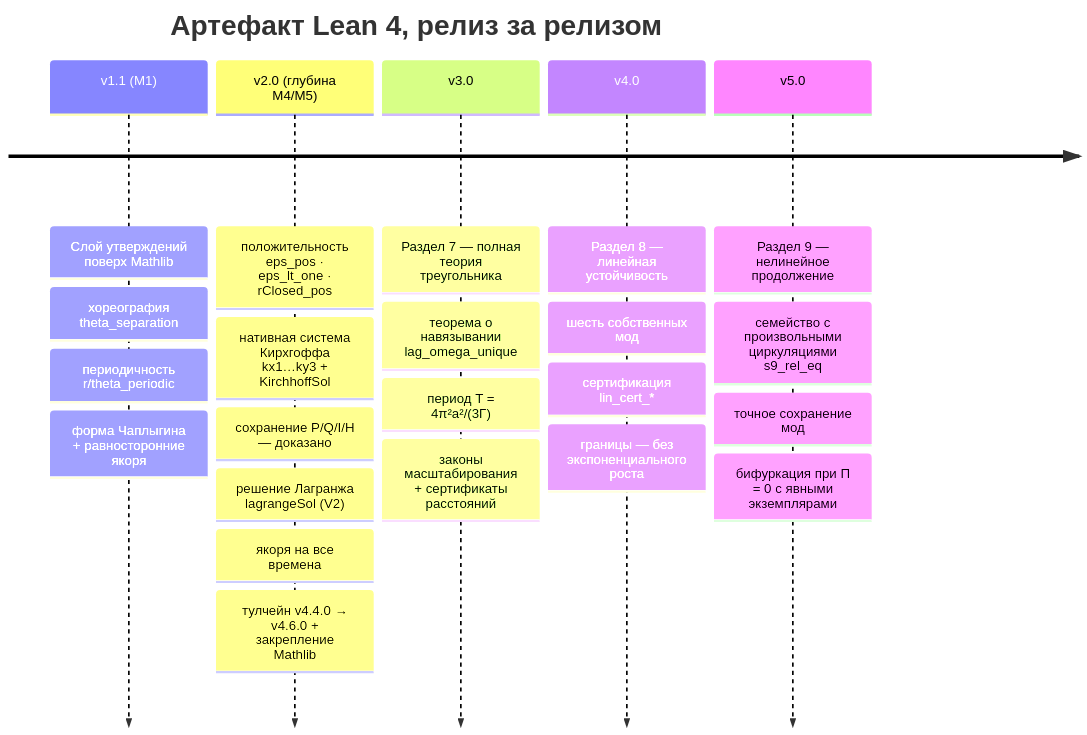
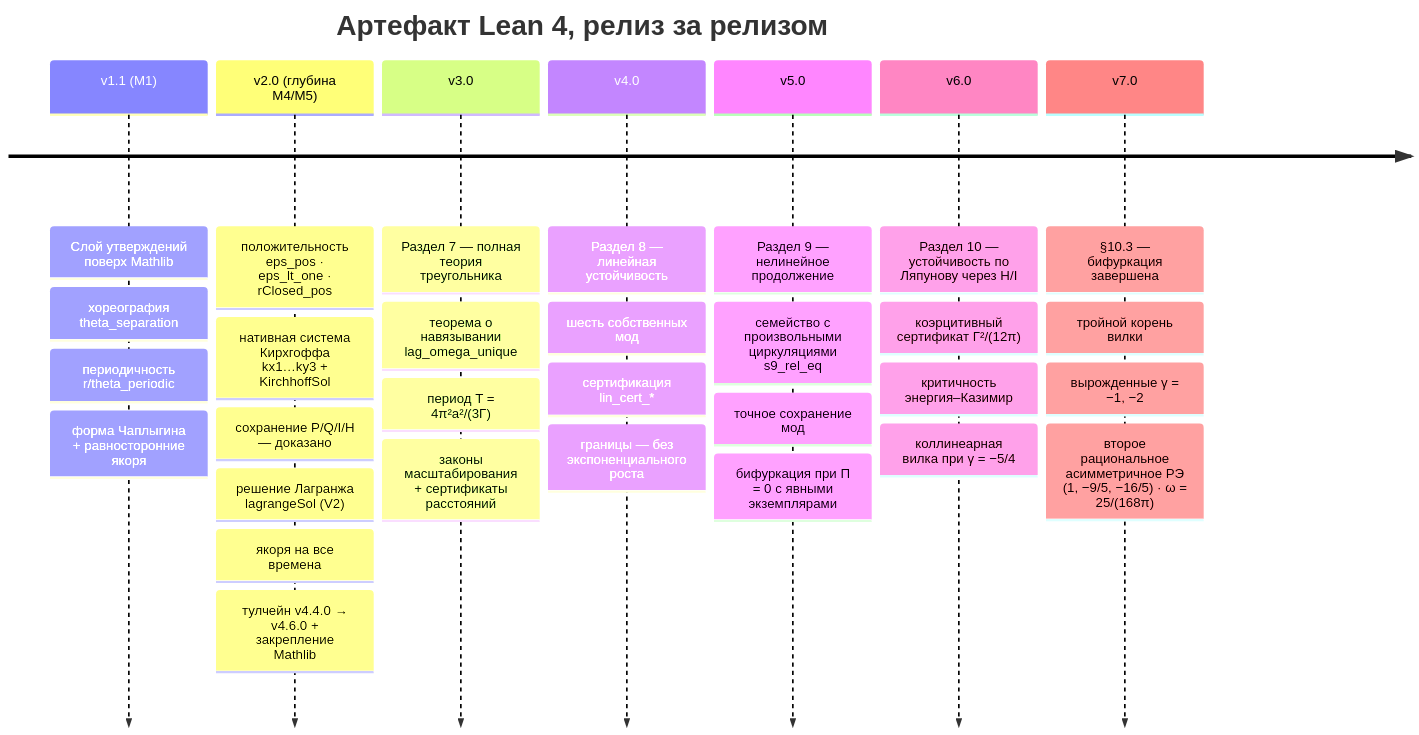
The fifth of 5 diagrams in verification/lean4/README_RU.md (wild8highlander/Trivortex), drawn with Mermaid before and after one commit. The commit also changed other lines of this file and 42 other files, not shown here.

````diff
--- a/verification/lean4/README_RU.md
+++ b/verification/lean4/README_RU.md
@@ -608,9 +660,11 @@
 ```mermaid
 timeline
     title Артефакт Lean 4, релиз за релизом
     v1.1 (M1) : Слой утверждений поверх Mathlib : хореография theta_separation : периодичность r/theta_periodic : форма Чаплыгина + равносторонние якоря
     v2.0 (глубина M4/M5) : положительность eps_pos · eps_lt_one · rClosed_pos : нативная система Кирхгоффа kx1…ky3 + KirchhoffSol : сохранение P/Q/I/H — доказано : решение Лагранжа lagrangeSol (V2) : якоря на все времена : тулчейн v4.4.0 → v4.6.0 + закрепление Mathlib
     v3.0 : Раздел 7 — полная теория треугольника : теорема о навязывании lag_omega_unique : период T = 4π²a²/(3Γ) : законы масштабирования + сертификаты расстояний
     v4.0 : Раздел 8 — линейная устойчивость : шесть собственных мод : сертификация lin_cert_* : границы — без экспоненциального роста
     v5.0 : Раздел 9 — нелинейное продолжение : семейство с произвольными циркуляциями s9_rel_eq : точное сохранение мод : бифуркация при Π = 0 с явными экземплярами
+    v6.0 : Раздел 10 — устойчивость по Ляпунову через H/I : коэрцитивный сертификат Γ²/(12π) : критичность энергия–Казимир : коллинеарная вилка при γ = −5/4
+    v7.0 : §10.3 — бифуркация завершена : тройной корень вилки : вырожденные γ = −1, −2 : второе рациональное асимметричное РЭ (1, −9/5, −16/5) · ω = 25/(168π)
 ```
````
